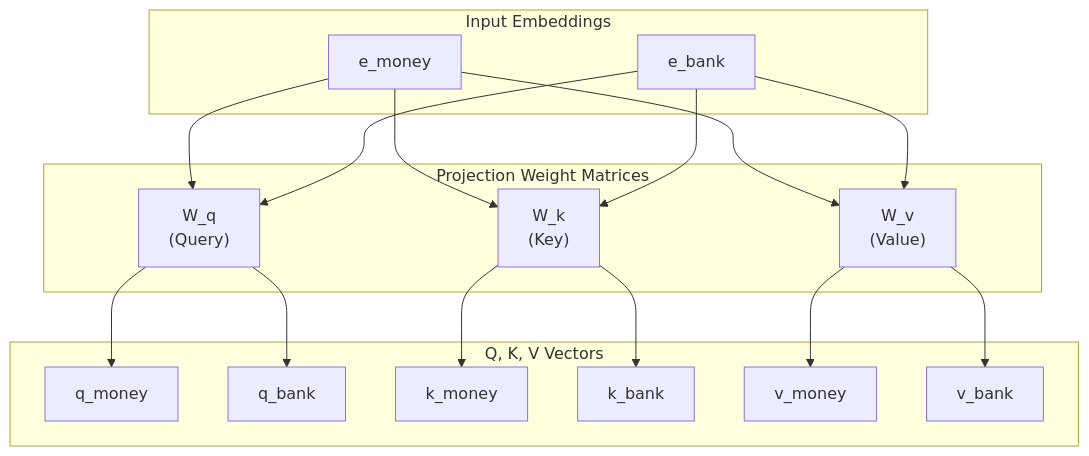
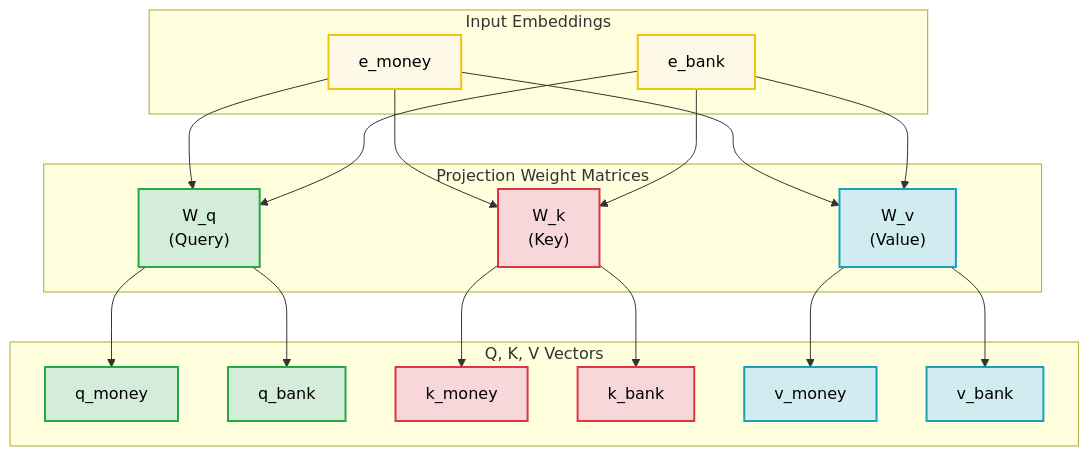
Before and after one commit to holycompile/Machine_Learning: the second of 4 diagrams in self_attention_notes.md, drawn with Mermaid. The commit also changed other lines of this file and 4 other files, not shown here.

````diff
--- a/self_attention_notes.md
+++ b/self_attention_notes.md
@@ -61,31 +66,36 @@
 ```mermaid
 flowchart TD
+    classDef embStyle fill:#FEF9E7,stroke:#F1C40F,stroke-width:2px,color:#000;
+    classDef qStyle fill:#D4EDDA,stroke:#28A745,stroke-width:2px,color:#000;
+    classDef kStyle fill:#F8D7DA,stroke:#DC3545,stroke-width:2px,color:#000;
+    classDef vStyle fill:#D1ECF1,stroke:#17A2B8,stroke-width:2px,color:#000;
+
     subgraph Inputs["Input Embeddings"]
-        em["e_money"]
-        eb["e_bank"]
+        em["e_money"]:::embStyle
+        eb["e_bank"]:::embStyle
     end
 
     subgraph Weights["Projection Weight Matrices"]
-        Wq["W_q<br/>(Query)"]
-        Wk["W_k<br/>(Key)"]
-        Wv["W_v<br/>(Value)"]
+        Wq["W_q<br/>(Query)"]:::qStyle
+        Wk["W_k<br/>(Key)"]:::kStyle
+        Wv["W_v<br/>(Value)"]:::vStyle
     end
 
     subgraph Vectors["Q, K, V Vectors"]
-        qm["q_money"]
-        qb["q_bank"]
-        km["k_money"]
-        kb["k_bank"]
-        vm["v_money"]
-        vb["v_bank"]
+        qm["q_money"]:::qStyle
+        qb["q_bank"]:::qStyle
+        km["k_money"]:::kStyle
+        kb["k_bank"]:::kStyle
+        vm["v_money"]:::vStyle
+        vb["v_bank"]:::vStyle
     end
 
     em --> Wq --> qm
     eb --> Wq --> qb
 
     em --> Wk --> km
     eb --> Wk --> kb
 
     em --> Wv --> vm
     eb --> Wv --> vb
 ```
````
